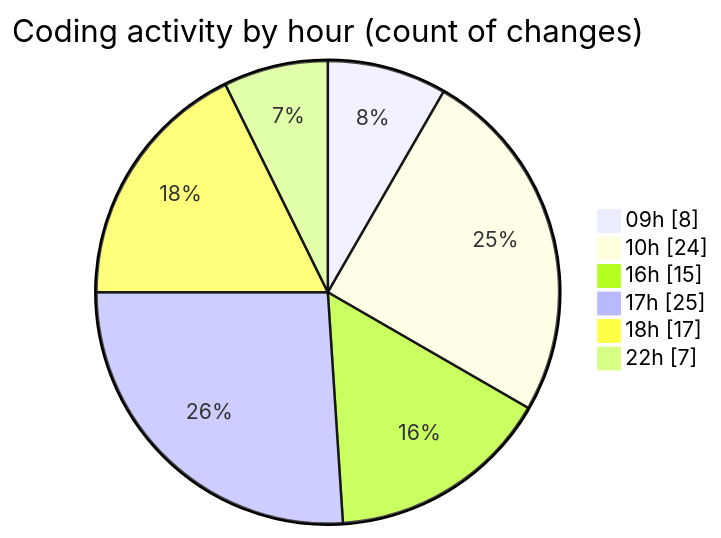
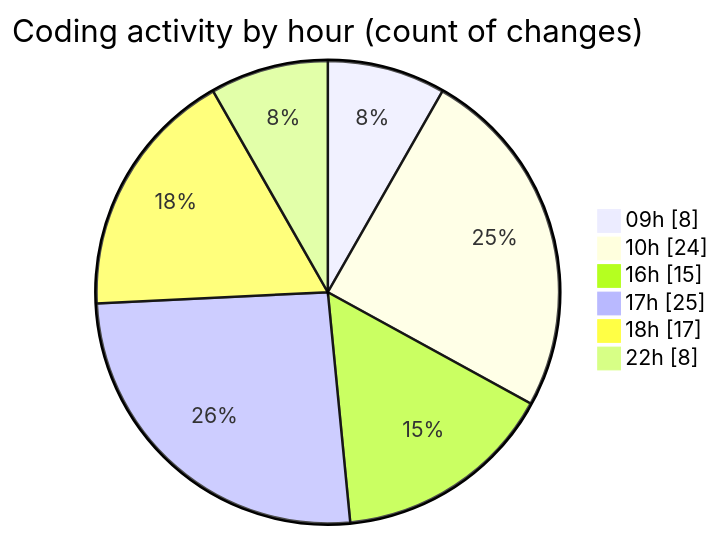
One commit to julien-gomy/code-tracking changed the second of 2 diagrams in 2025-10-09/eventscop-frontend-guide__workspace_/README.md. Above: the diagram before and after it, drawn with Mermaid. The commit also changed other lines of this file and 1 other file, not shown here.

````diff
--- a/2025-10-09/eventscop-frontend-guide__workspace_/README.md
+++ b/2025-10-09/eventscop-frontend-guide__workspace_/README.md
@@ -62,10 +62,10 @@
 ```mermaid
 pie showData
 title Coding activity by hour (count of changes)
 "09h" : 8
 "10h" : 24
 "16h" : 15
 "17h" : 25
 "18h" : 17
-"22h" : 7
+"22h" : 8
 ```
````
